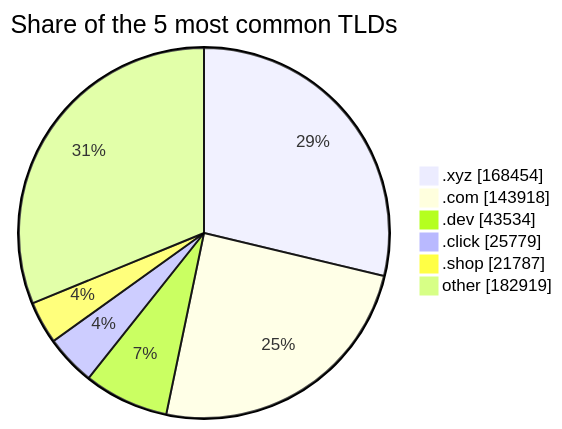
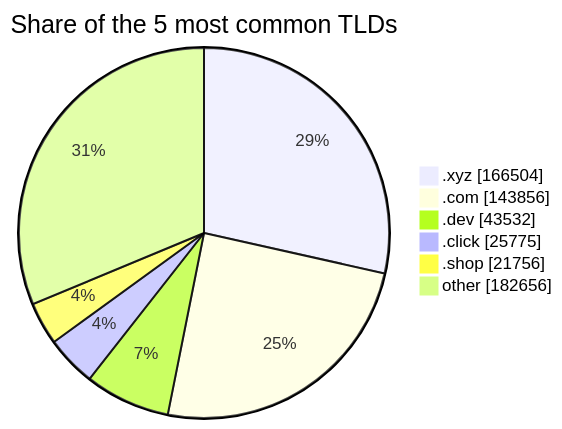
Before and after one commit to DNSBunker/CTI: the third of 3 diagrams in README.md, drawn with Mermaid. The commit also changed other lines of this file and 3 other files, not shown here.

````diff
--- a/README.md
+++ b/README.md
@@ -81,9 +81,9 @@
 ```mermaid
 pie showData title Share of the 5 most common TLDs
-    ".xyz" : 168454
-    ".com" : 143918
-    ".dev" : 43534
-    ".click" : 25779
-    ".shop" : 21787
-    "other" : 182919
+    ".xyz" : 166504
+    ".com" : 143856
+    ".dev" : 43532
+    ".click" : 25775
+    ".shop" : 21756
+    "other" : 182656
 ```
````
